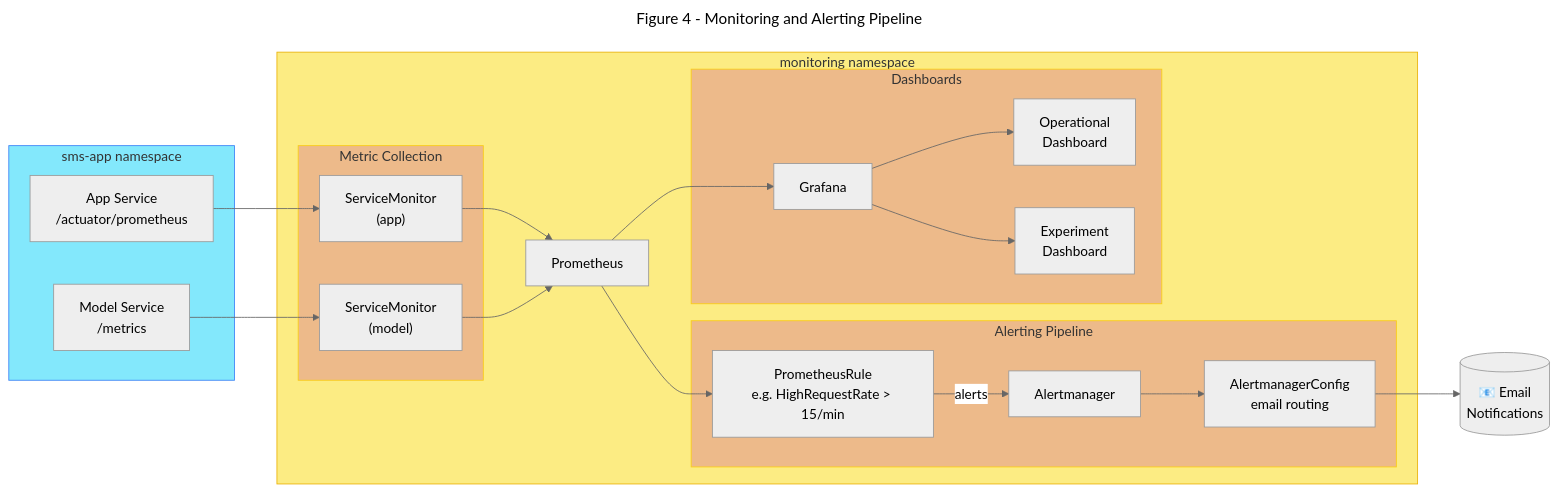
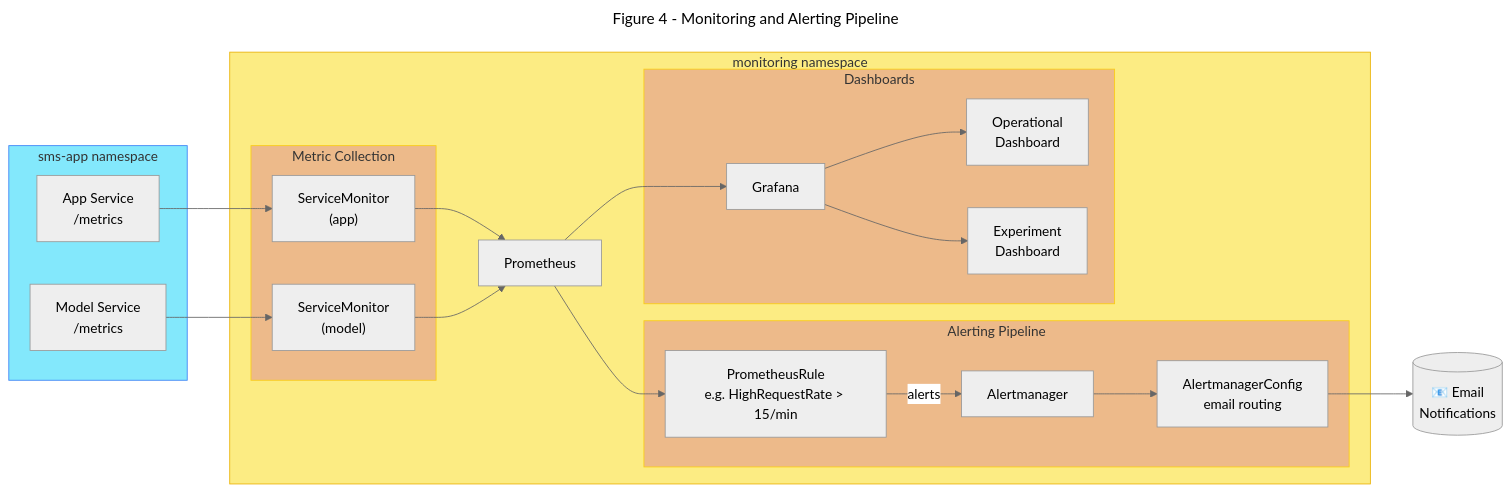
The fourth of 4 diagrams in docs/deployment.md (doda2025-team17/operation), drawn with Mermaid (neutral theme) before and after one commit. The commit also changed other lines of this file and 1 other file, not shown here.

````diff
--- a/docs/deployment.md
+++ b/docs/deployment.md
@@ -565,53 +565,53 @@
 ```mermaid
 ---
 title: Figure 4 - Monitoring and Alerting Pipeline
 ---
 flowchart LR
     subgraph sms-app["sms-app namespace"]
-        App["App Service<br/>/actuator/prometheus"]
+        App["App Service<br/>/metrics"]
         Model["Model Service<br/>/metrics"]
     end
 
     subgraph monitoring["monitoring namespace"]
         subgraph scraping["Metric Collection"]
             SM1["ServiceMonitor<br/>(app)"]
             SM2["ServiceMonitor<br/>(model)"]
         end
 
         Prom["Prometheus"]
 
         subgraph alerting["Alerting Pipeline"]
             PR["PrometheusRule<br/>e.g. HighRequestRate > 15/min"]
             AM["Alertmanager"]
             AMC["AlertmanagerConfig<br/>email routing"]
         end
 
         subgraph visualization["Dashboards"]
             Grafana["Grafana"]
             D1["Operational<br/>Dashboard"]
             D2["Experiment<br/>Dashboard"]
         end
     end
 
     Email[("📧 Email<br/>Notifications")]
 
     App --> SM1
     Model --> SM2
     SM1 --> Prom
     SM2 --> Prom
 
     Prom --> PR
     PR -->|"alerts"| AM
     AM --> AMC
     AMC --> Email
 
     Prom --> Grafana
     Grafana --> D1
     Grafana --> D2
 
     style sms-app fill:#83e8fc,stroke:#3b82f6
     style monitoring fill:#fcec83,stroke:#eab308
     style scraping fill:#edba8a,stroke:#facc15
     style alerting fill:#edba8a,stroke:#facc15
     style visualization fill:#edba8a,stroke:#facc15
 ```
````
